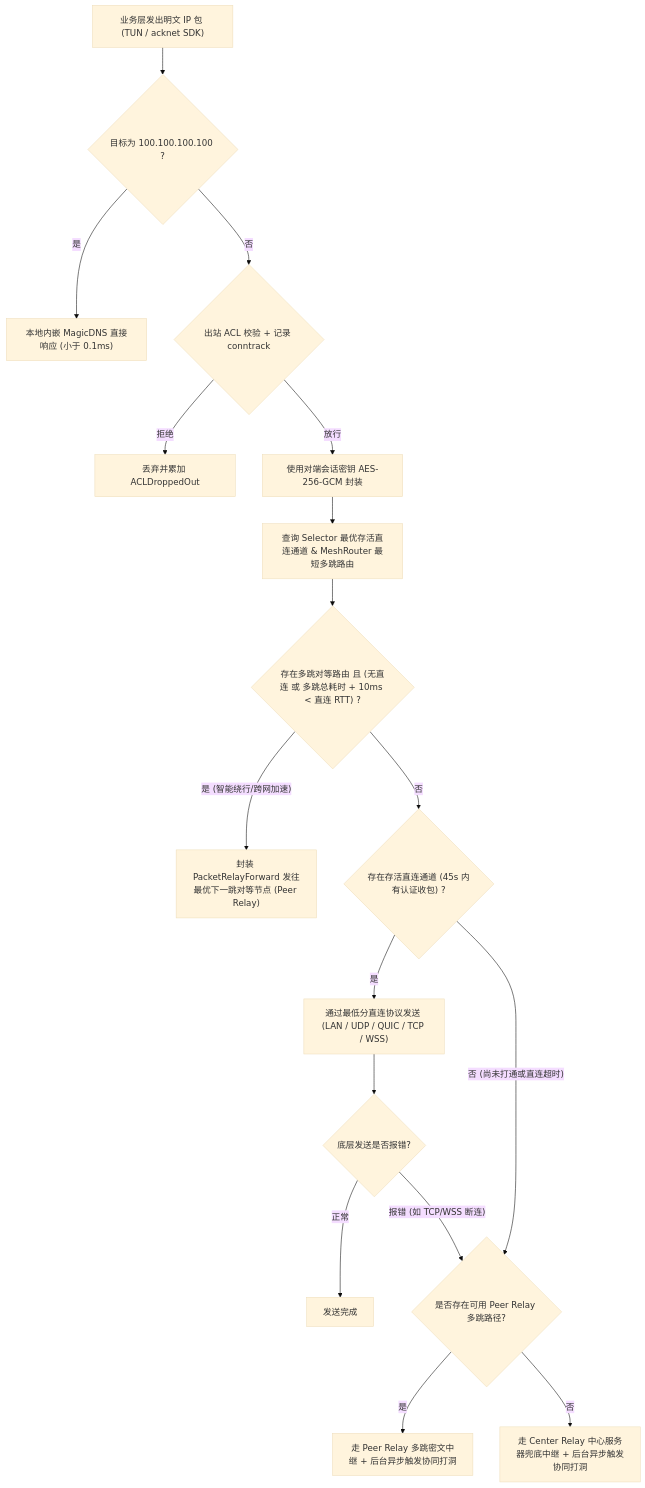
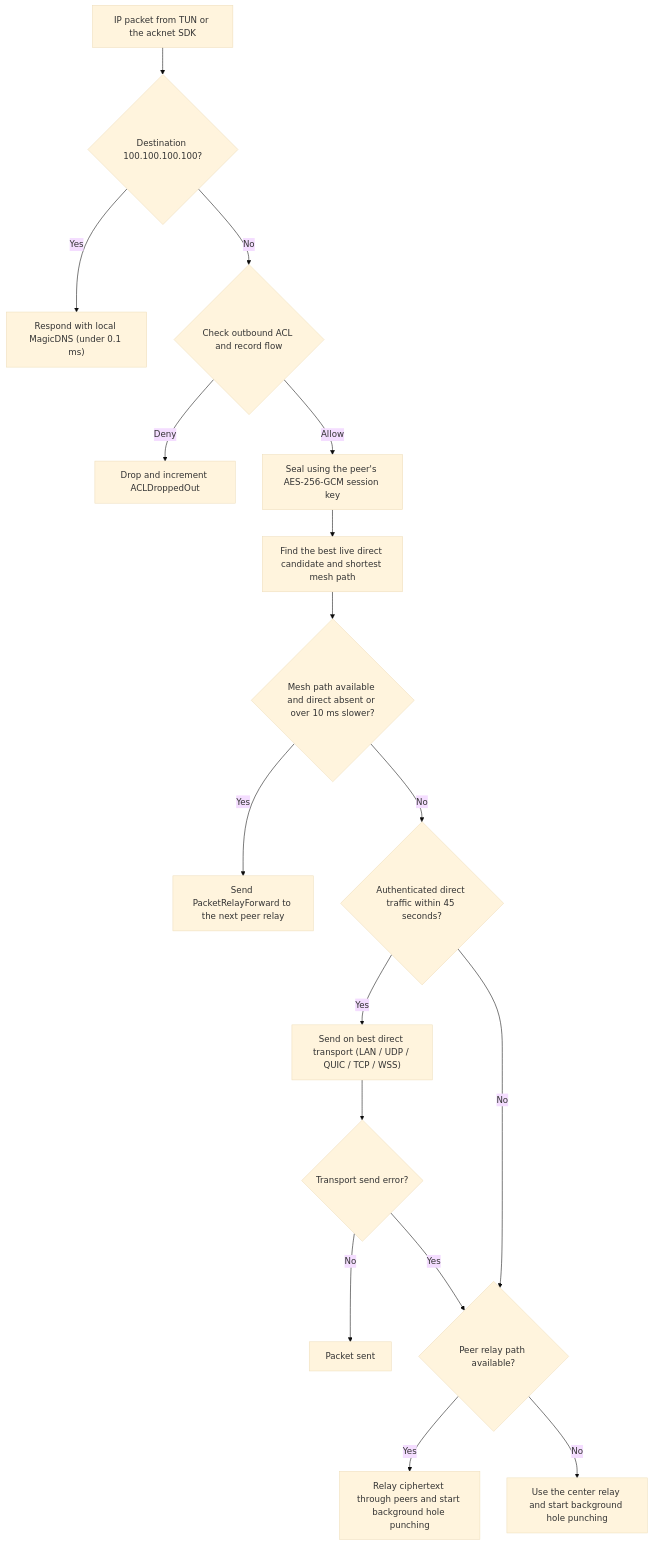
The diagram in docs/CAPABILITIES.md (ackwrap/acktier), drawn with Mermaid (base theme) before and after one commit. The commit also changed other lines of this file and 23 other files, not shown here.

````diff
--- a/docs/CAPABILITIES.md
+++ b/docs/CAPABILITIES.md
@@ -57,23 +53,23 @@
 ```mermaid
 flowchart TD
-    Start["业务层发出明文 IP 包 (TUN / acknet SDK)"] --> MagicDNS{"目标为 100.100.100.100 ?"}
-    MagicDNS -->|"是"| LocalDNS["本地内嵌 MagicDNS 直接响应 (小于 0.1ms)"]
-    MagicDNS -->|"否"| ACLCheck{"出站 ACL 校验 + 记录 conntrack"}
-    ACLCheck -->|"拒绝"| Drop["丢弃并累加 ACLDroppedOut"]
-    ACLCheck -->|"放行"| Seal["使用对端会话密钥 AES-256-GCM 封装"]
+    Start["IP packet from TUN or the acknet SDK"] --> MagicDNS{"Destination 100.100.100.100?"}
+    MagicDNS -->|"Yes"| LocalDNS["Respond with local MagicDNS (under 0.1 ms)"]
+    MagicDNS -->|"No"| ACLCheck{"Check outbound ACL and record flow"}
+    ACLCheck -->|"Deny"| Drop["Drop and increment ACLDroppedOut"]
+    ACLCheck -->|"Allow"| Seal["Seal using the peer's AES-256-GCM session key"]
 
-    Seal --> CheckDirect["查询 Selector 最优存活直连通道 & MeshRouter 最短多跳路由"]
-    CheckDirect --> DegradedCheck{"存在多跳对等路由 且 (无直连 或 多跳总耗时 + 10ms < 直连 RTT) ?"}
+    Seal --> CheckDirect["Find the best live direct candidate and shortest mesh path"]
+    CheckDirect --> DegradedCheck{"Mesh path available and direct absent or over 10 ms slower?"}
 
-    DegradedCheck -->|"是 (智能绕行/跨网加速)"| SendMesh["封装 PacketRelayForward 发往最优下一跳对等节点 (Peer Relay)"]
-    DegradedCheck -->|"否"| HasDirect{"存在存活直连通道 (45s 内有认证收包) ?"}
+    DegradedCheck -->|"Yes"| SendMesh["Send PacketRelayForward to the next peer relay"]
+    DegradedCheck -->|"No"| HasDirect{"Authenticated direct traffic within 45 seconds?"}
 
-    HasDirect -->|"是"| SendDirect["通过最低分直连协议发送 (LAN / UDP / QUIC / TCP / WSS)"]
-    SendDirect --> DirectErr{"底层发送是否报错?"}
-    DirectErr -->|"正常"| Done["发送完成"]
-    DirectErr -->|"报错 (如 TCP/WSS 断连)"| FallbackMesh
+    HasDirect -->|"Yes"| SendDirect["Send on best direct transport (LAN / UDP / QUIC / TCP / WSS)"]
+    SendDirect --> DirectErr{"Transport send error?"}
+    DirectErr -->|"No"| Done["Packet sent"]
+    DirectErr -->|"Yes"| FallbackMesh
 
-    HasDirect -->|"否 (尚未打通或直连超时)"| FallbackMesh{"是否存在可用 Peer Relay 多跳路径?"}
-    FallbackMesh -->|"是"| SendMeshFallback["走 Peer Relay 多跳密文中继 + 后台异步触发协同打洞"]
-    FallbackMesh -->|"否"| SendCenter["走 Center Relay 中心服务器兜底中继 + 后台异步触发协同打洞"]
+    HasDirect -->|"No"| FallbackMesh{"Peer relay path available?"}
+    FallbackMesh -->|"Yes"| SendMeshFallback["Relay ciphertext through peers and start background hole punching"]
+    FallbackMesh -->|"No"| SendCenter["Use the center relay and start background hole punching"]
 ```
````
